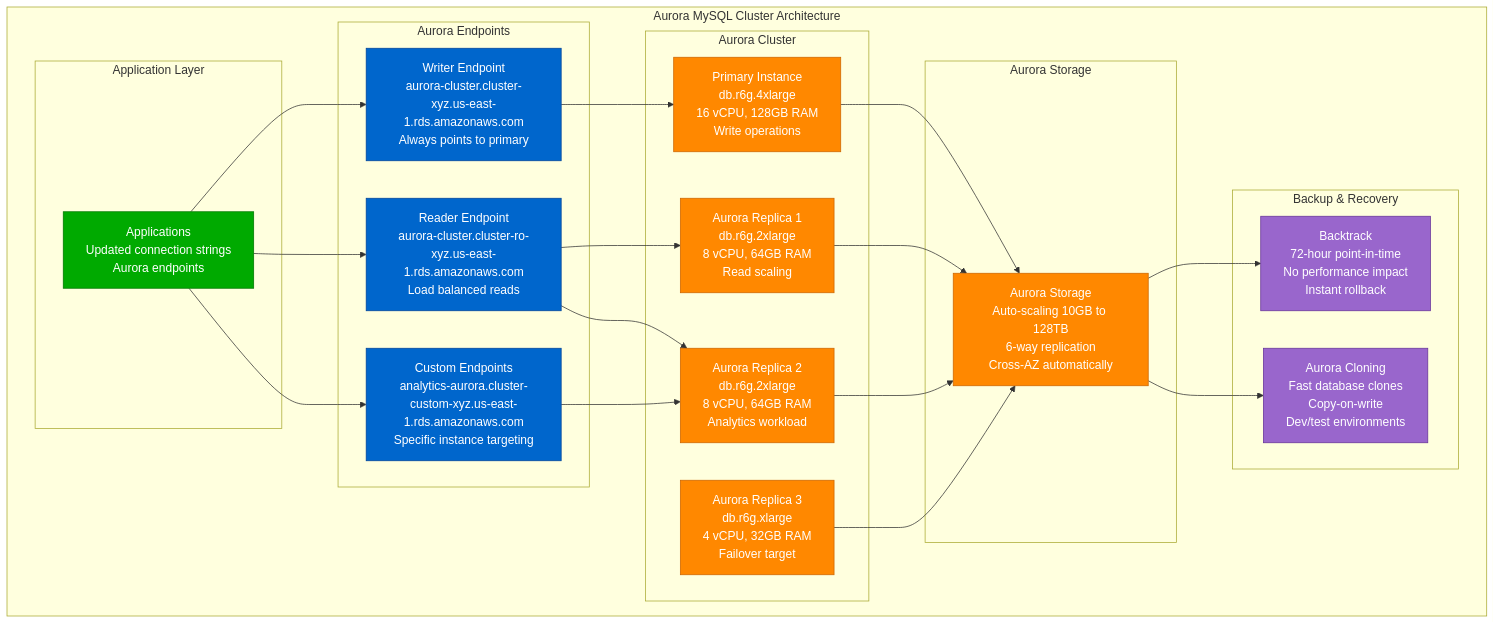
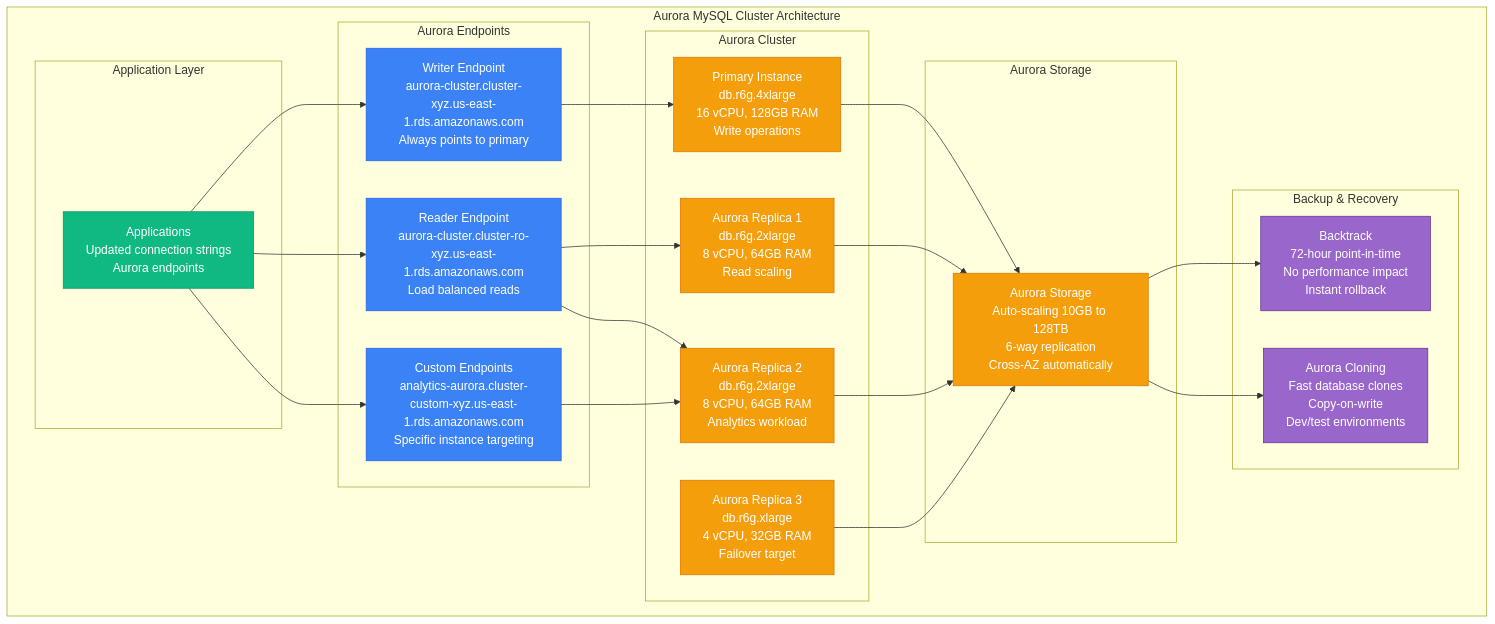
The third of 8 diagrams in site/docs/migrations/mysql-to-aurora.md (deepaucksharma/DS), drawn with Mermaid before and after one commit. The commit also changed other lines of this file and 303 other files, not shown here.

````diff
--- a/site/docs/migrations/mysql-to-aurora.md
+++ b/site/docs/migrations/mysql-to-aurora.md
@@ -132,64 +132,64 @@
 ```mermaid
 graph TB
     subgraph "Aurora MySQL Cluster Architecture"
         subgraph "Application Layer"
             APP[Applications<br/>Updated connection strings<br/>Aurora endpoints]
         end
         
         subgraph "Aurora Endpoints"
             WRITER[Writer Endpoint<br/>aurora-cluster.cluster-xyz.us-east-1.rds.amazonaws.com<br/>Always points to primary]
             
             READER[Reader Endpoint<br/>aurora-cluster.cluster-ro-xyz.us-east-1.rds.amazonaws.com<br/>Load balanced reads]
             
             CUSTOM[Custom Endpoints<br/>analytics-aurora.cluster-custom-xyz.us-east-1.rds.amazonaws.com<br/>Specific instance targeting]
         end
         
         subgraph "Aurora Cluster"
             PRIMARY[Primary Instance<br/>db.r6g.4xlarge<br/>16 vCPU, 128GB RAM<br/>Write operations]
             
             REPLICA1[Aurora Replica 1<br/>db.r6g.2xlarge<br/>8 vCPU, 64GB RAM<br/>Read scaling]
             
             REPLICA2[Aurora Replica 2<br/>db.r6g.2xlarge<br/>8 vCPU, 64GB RAM<br/>Analytics workload]
             
             REPLICA3[Aurora Replica 3<br/>db.r6g.xlarge<br/>4 vCPU, 32GB RAM<br/>Failover target]
         end
         
         subgraph "Aurora Storage"
             STORAGE[Aurora Storage<br/>Auto-scaling 10GB to 128TB<br/>6-way replication<br/>Cross-AZ automatically]
         end
         
         subgraph "Backup & Recovery"
             BACKTRACK[Backtrack<br/>72-hour point-in-time<br/>No performance impact<br/>Instant rollback]
             
             CLONE[Aurora Cloning<br/>Fast database clones<br/>Copy-on-write<br/>Dev/test environments]
         end
     end
 
     APP --> WRITER
     APP --> READER
     APP --> CUSTOM
     
     WRITER --> PRIMARY
     READER --> REPLICA1
     READER --> REPLICA2
     CUSTOM --> REPLICA2
     
     PRIMARY --> STORAGE
     REPLICA1 --> STORAGE
     REPLICA2 --> STORAGE
     REPLICA3 --> STORAGE
     
     STORAGE --> BACKTRACK
     STORAGE --> CLONE
 
     %% Apply colors
-    classDef serviceStyle fill:#00AA00,stroke:#007700,color:#fff
-    classDef endpointStyle fill:#0066CC,stroke:#004499,color:#fff
-    classDef stateStyle fill:#FF8800,stroke:#CC6600,color:#fff
+    classDef serviceStyle fill:#10B981,stroke:#059669,color:#fff
+    classDef endpointStyle fill:#3B82F6,stroke:#2563EB,color:#fff
+    classDef stateStyle fill:#F59E0B,stroke:#D97706,color:#fff
     classDef backupStyle fill:#9966CC,stroke:#663399,color:#fff
 
     class APP serviceStyle
     class WRITER,READER,CUSTOM endpointStyle
     class PRIMARY,REPLICA1,REPLICA2,REPLICA3,STORAGE stateStyle
     class BACKTRACK,CLONE backupStyle
 ```
````
